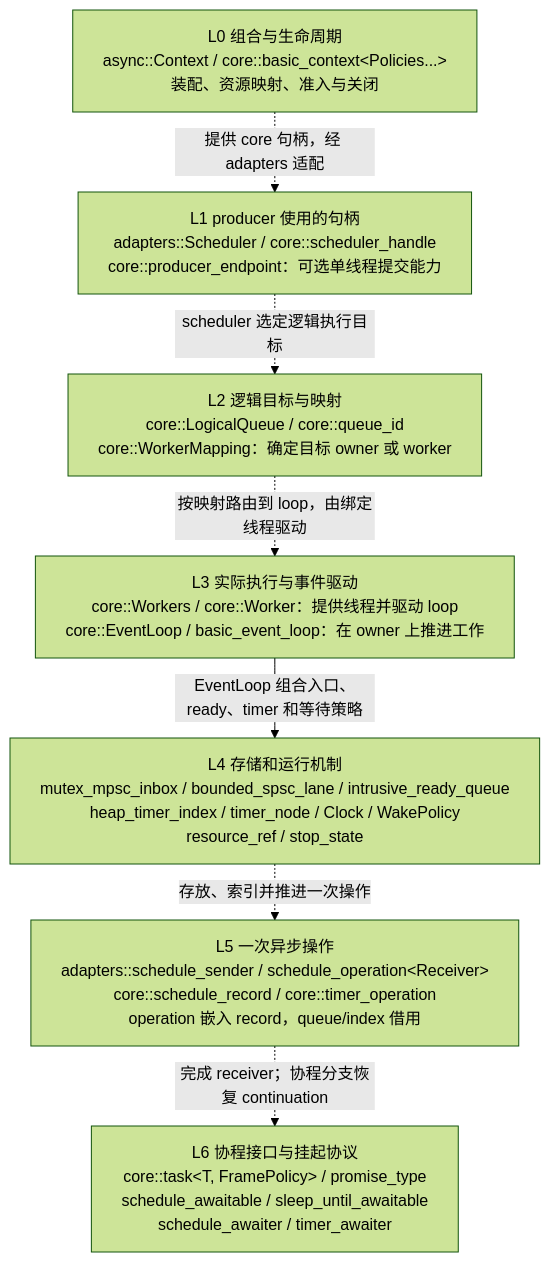
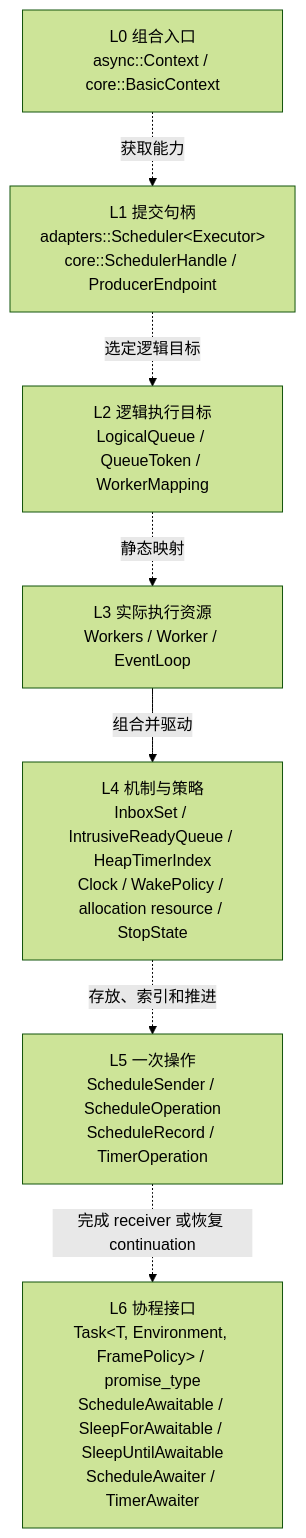
The second of 3 diagrams in CORE_DESIGN.md (mmmmmcree/async), drawn with Mermaid (forest theme) before and after one commit. The commit also changed other lines of this file and 1 other file, not shown here.

````diff
--- a/CORE_DESIGN.md
+++ b/CORE_DESIGN.md
@@ -120,23 +76,16 @@
 ```mermaid
----
-config:
-  flowchart:
-    wrappingWidth: 640
-    rankSpacing: 32
----
 flowchart TB
-    C["L0 组合与生命周期<br/>async::Context / core::basic_context&lt;Policies...&gt;<br/>装配、资源映射、准入与关闭"]
-    H["L1 producer 使用的句柄<br/>adapters::Scheduler / core::scheduler_handle<br/>core::producer_endpoint：可选单线程提交能力"]
-    Q["L2 逻辑目标与映射<br/>core::LogicalQueue / core::queue_id<br/>core::WorkerMapping：确定目标 owner 或 worker"]
-    D["L3 实际执行与事件驱动<br/>core::Workers / core::Worker：提供线程并驱动 loop<br/>core::EventLoop / basic_event_loop：在 owner 上推进工作"]
-    I["L4 存储和运行机制<br/>mutex_mpsc_inbox / bounded_spsc_lane / intrusive_ready_queue<br/>heap_timer_index / timer_node / Clock / WakePolicy<br/>resource_ref / stop_state"]
-    O["L5 一次异步操作<br/>adapters::schedule_sender / schedule_operation&lt;Receiver&gt;<br/>core::schedule_record / core::timer_operation<br/>operation 嵌入 record，queue/index 借用"]
-    A["L6 协程接口与挂起协议<br/>core::task&lt;T, FramePolicy&gt; / promise_type<br/>schedule_awaitable / sleep_until_awaitable<br/>schedule_awaiter / timer_awaiter"]
-
-    C -.->|"提供 core 句柄，经 adapters 适配"| H
-    H -.->|"scheduler 选定逻辑执行目标"| Q
-    Q -.->|"按映射路由到 loop，由绑定线程驱动"| D
-    D -->|"EventLoop 组合入口、ready、timer 和等待策略"| I
-    I -.->|"存放、索引并推进一次操作"| O
-    O -.->|"完成 receiver；协程分支恢复 continuation"| A
+    C["L0 组合入口<br/>async::Context / core::BasicContext"]
+    S["L1 提交句柄<br/>adapters::Scheduler&lt;Executor&gt;<br/>core::SchedulerHandle / ProducerEndpoint"]
+    Q["L2 逻辑执行目标<br/>LogicalQueue / QueueToken / WorkerMapping"]
+    W["L3 实际执行资源<br/>Workers / Worker / EventLoop"]
+    P["L4 机制与策略<br/>InboxSet / IntrusiveReadyQueue / HeapTimerIndex<br/>Clock / WakePolicy / allocation resource / StopState"]
+    O["L5 一次操作<br/>ScheduleSender / ScheduleOperation<br/>ScheduleRecord / TimerOperation"]
+    T["L6 协程接口<br/>Task&lt;T, Environment, FramePolicy&gt; / promise_type<br/>ScheduleAwaitable / SleepForAwaitable / SleepUntilAwaitable<br/>ScheduleAwaiter / TimerAwaiter"]
+    C -.->|"获取能力"| S
+    S -.->|"选定逻辑目标"| Q
+    Q -.->|"静态映射"| W
+    W -->|"组合并驱动"| P
+    P -.->|"存放、索引和推进"| O
+    O -.->|"完成 receiver 或恢复 continuation"| T
 ```
````
